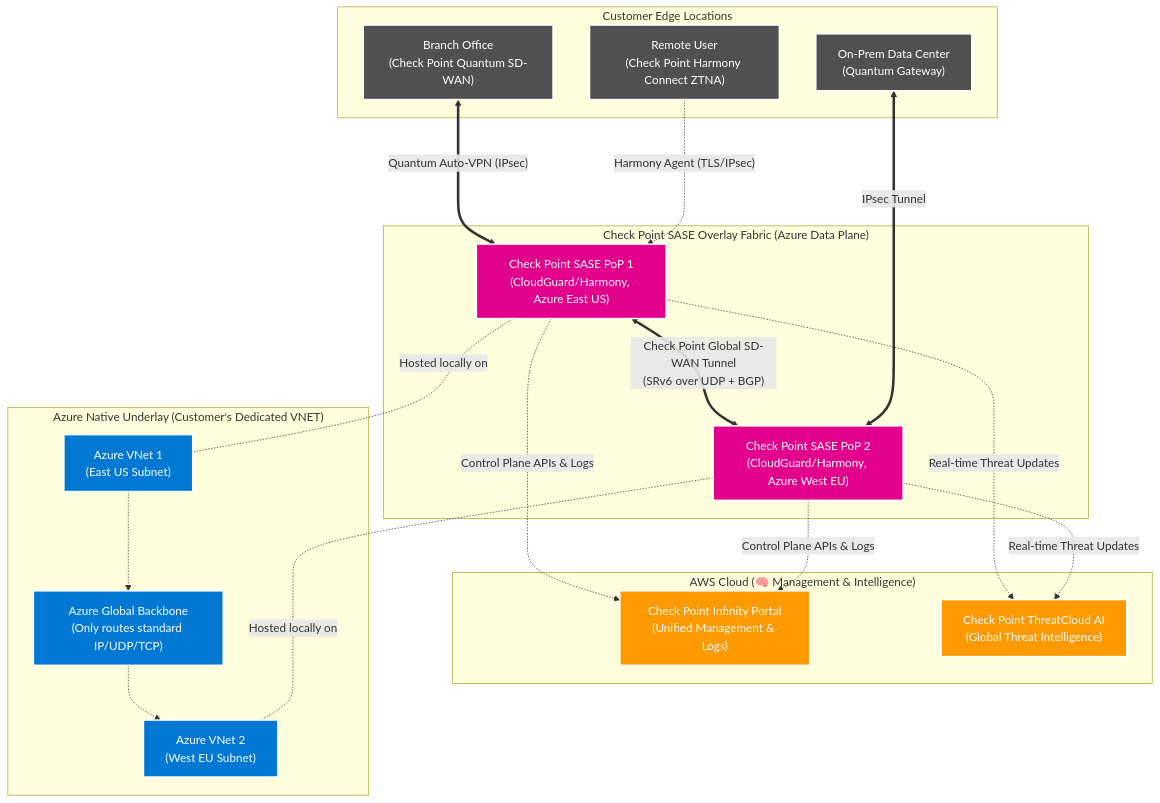
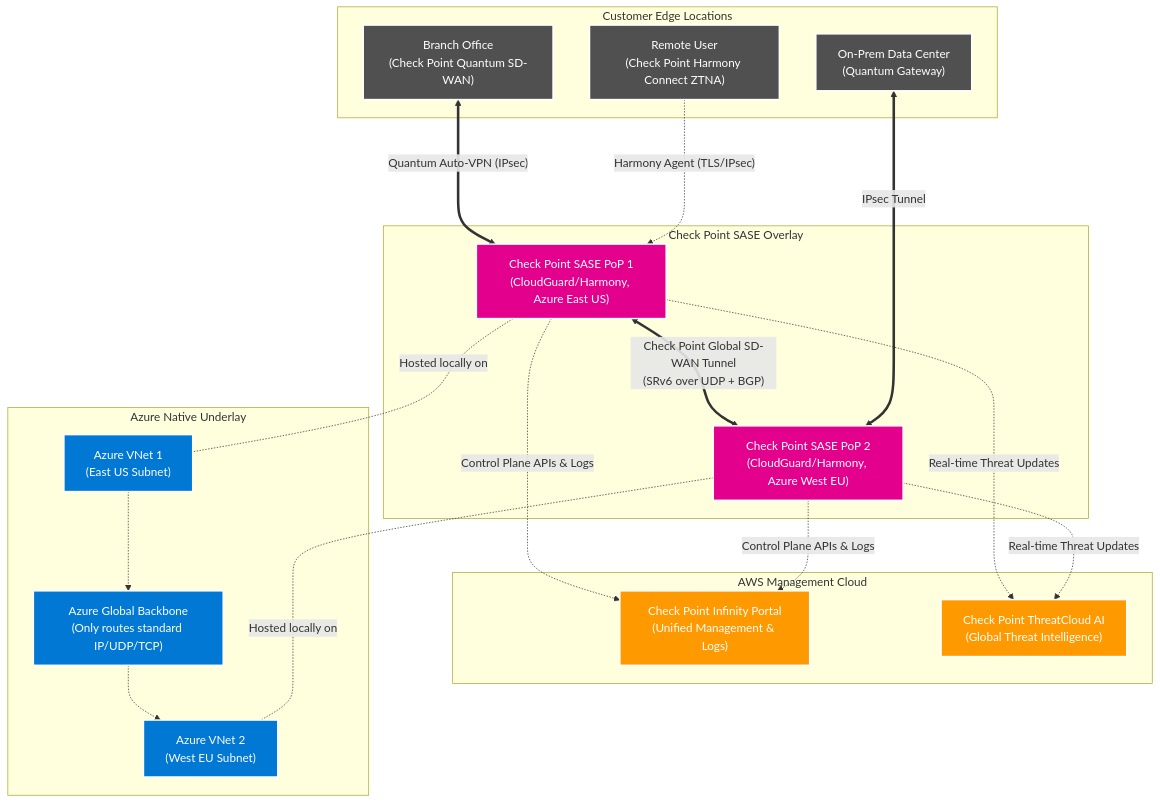
Before and after one commit to roie9876/SASE: the fourth of 11 diagrams in README.md, drawn with Mermaid.

Commit message:
style: Shorten Mermaid subgraph titles to fix hidden text rendering limits in GitHub Markdown

````diff
--- a/README.md
+++ b/README.md
@@ -244,47 +244,47 @@
 ```mermaid
 flowchart TD
     %% Styling
     classDef cloud fill:#0078D4,stroke:#fff,stroke-width:2px,color:#fff
     classDef aws fill:#FF9900,stroke:#fff,stroke-width:2px,color:#fff
     classDef nva fill:#E3008C,stroke:#fff,stroke-width:2px,color:#fff
     classDef edge fill:#505050,stroke:#fff,stroke-width:2px,color:#fff
 
-    subgraph AWS_Cloud ["  AWS Cloud (🧠 Management & Intelligence)  "]
+    subgraph AWS_Cloud ["  AWS Management Cloud  "]
         Infinity["Check Point Infinity Portal<br/>(Unified Management & Logs)"]:::aws
         ThreatCloud["Check Point ThreatCloud AI<br/>(Global Threat Intelligence)"]:::aws
     end
 
-    subgraph ISV_SASE_Overlay ["  Check Point SASE Overlay Fabric (Azure Data Plane)  "]
+    subgraph ISV_SASE_Overlay ["  Check Point SASE Overlay  "]
         NVA1["Check Point SASE PoP 1<br/>(CloudGuard/Harmony, Azure East US)"]:::nva
         NVA2["Check Point SASE PoP 2<br/>(CloudGuard/Harmony, Azure West EU)"]:::nva
         
         %% Core overlay connectivity
         NVA1 <== "Check Point Global SD-WAN Tunnel<br/>(SRv6 over UDP + BGP)" ==> NVA2
     end
     
-    subgraph Azure_Transport ["  Azure Native Underlay (Customer's Dedicated VNET)  "]
+    subgraph Azure_Transport ["  Azure Native Underlay  "]
         VNet1["Azure VNet 1<br/>(East US Subnet)"]:::cloud -.-> Backbone["Azure Global Backbone<br/>(Only routes standard IP/UDP/TCP)"]:::cloud -.-> VNet2["Azure VNet 2<br/>(West EU Subnet)"]:::cloud
     end
     
     subgraph Customer_Edges ["  Customer Edge Locations  "]
         Branch["Branch Office<br/>(Check Point Quantum SD-WAN)"]:::edge
         HQ["On-Prem Data Center<br/>(Quantum Gateway)"]:::edge
         User["Remote User<br/>(Check Point Harmony Connect ZTNA)"]:::edge
     end
     
     %% API and Management connections
     NVA1 -. "Control Plane APIs & Logs" .-> Infinity
     NVA2 -. "Control Plane APIs & Logs" .-> Infinity
     
     NVA1 -. "Real-time Threat Updates" .-> ThreatCloud
     NVA2 -. "Real-time Threat Updates" .-> ThreatCloud
     
     %% Edge connections to NVAs
     Branch <== "Quantum Auto-VPN (IPsec)" ===> NVA1
     User -. "Harmony Agent (TLS/IPsec)" .-> NVA1
     HQ <== "IPsec Tunnel" ===> NVA2
     
     %% NVA hosting relationship
     NVA1 -. "Hosted locally on" .- VNet1
     NVA2 -. "Hosted locally on" .- VNet2
 ```
````
